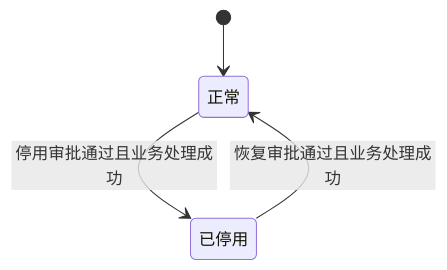
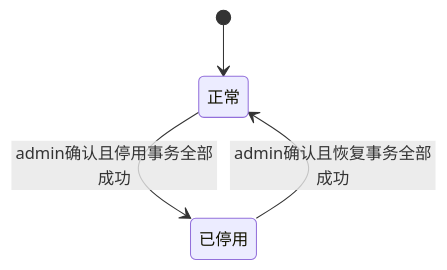
One commit to Joker-1030/Yingjia-Internal-Management-System changed the diagram in prd-workspace/current/user-flows/FLOW-04-M05-deactivation-lifecycle.md. Above: the diagram before and after it, drawn with Mermaid. The commit also changed other lines of this file and 43 other files, not shown here.

````diff
--- a/prd-workspace/current/user-flows/FLOW-04-M05-deactivation-lifecycle.md
+++ b/prd-workspace/current/user-flows/FLOW-04-M05-deactivation-lifecycle.md
@@ -8,6 +8,6 @@
 ```mermaid
 stateDiagram-v2
     [*] --> 正常
-    正常 --> 已停用: 停用审批通过且业务处理成功
-    已停用 --> 正常: 恢复审批通过且业务处理成功
+    正常 --> 已停用: admin确认且停用事务全部成功
+    已停用 --> 正常: admin确认且恢复事务全部成功
 ```
````
